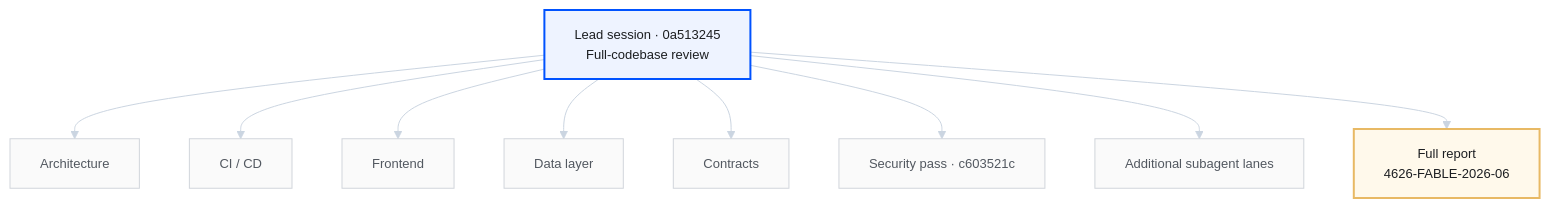
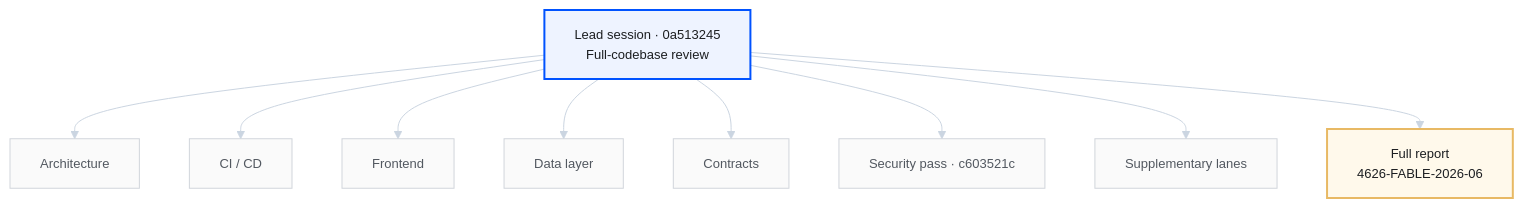
Before and after one commit to 4626fun/4626: the second of 2 diagrams in docs/audits/fable/key-sessions.md, drawn with Mermaid. The commit also changed other lines of this file and 105 other files, not shown here.

````diff
--- a/docs/audits/fable/key-sessions.md
+++ b/docs/audits/fable/key-sessions.md
@@ -76,33 +76,33 @@
 ```mermaid
 %%{init: {
   'theme': 'base',
   'themeVariables': {
     'fontFamily': 'Inter, system-ui, sans-serif',
     'fontSize': '13px',
     'primaryColor': '#eef3ff',
     'primaryTextColor': '#1c1e21',
     'primaryBorderColor': '#0052FF',
     'lineColor': '#cbd5e1'
   }
 }}%%
 flowchart TB
   LEAD["Lead session · 0a513245<br/>Full-codebase review"]
 
   LEAD --> ARCH["Architecture"]
   LEAD --> CICD["CI / CD"]
   LEAD --> FE["Frontend"]
   LEAD --> DATA["Data layer"]
   LEAD --> CONT["Contracts"]
   LEAD --> SEC["Security pass · c603521c"]
-  LEAD --> SUB["Additional subagent lanes"]
+  LEAD --> SUP["Supplementary lanes"]
 
   LEAD --> REPORT["Full report<br/>4626-FABLE-2026-06"]
 
   classDef lead fill:#eef3ff,stroke:#0052FF,stroke-width:2px,color:#1c1e21
   classDef lane fill:#fafafa,stroke:#d1d5db,stroke-width:1px,color:#525860
   classDef deliver fill:#fff9eb,stroke:#E8B964,stroke-width:2px,color:#1c1e21
 
   class LEAD lead
-  class ARCH,CICD,FE,DATA,CONT,SEC,SUB lane
+  class ARCH,CICD,FE,DATA,CONT,SEC,SUP lane
   class REPORT deliver
 ```
````
